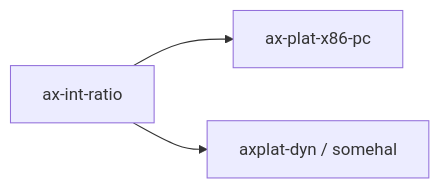
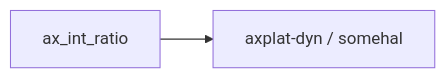
Before and after one commit to rcore-os/tgoskits: the diagram in docs/docs/components/crates/ax-int-ratio.md, drawn with Mermaid. The commit also changed other lines of this file and 69 other files, not shown here.

````diff
--- a/docs/docs/components/crates/ax-int-ratio.md
+++ b/docs/docs/components/crates/ax-int-ratio.md
@@ -64,5 +63,4 @@
 ```mermaid
 graph LR
-    ax_int_ratio["ax-int-ratio"] --> x86pc["ax-plat-x86-pc"]
     ax_int_ratio --> dyn["axplat-dyn / somehal"]
 ```
````
